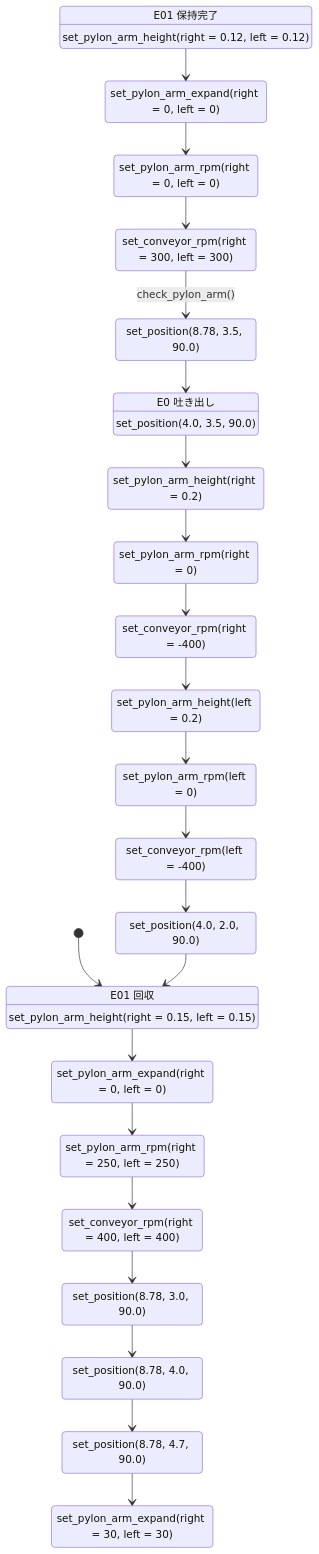
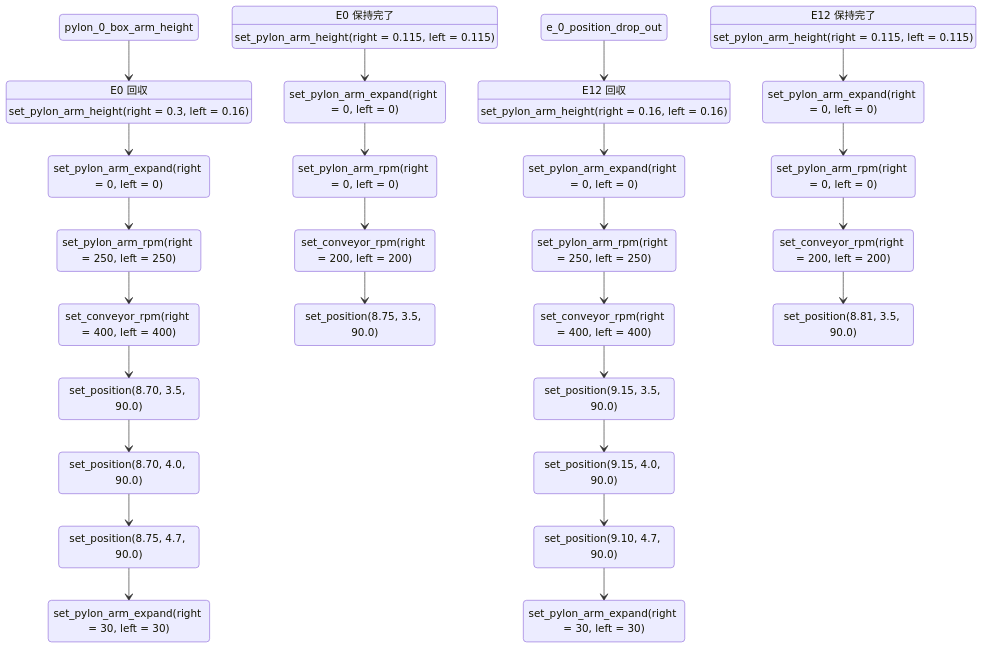
One commit to NITIC-Robot-Club/nhk2025b_ros2 changed the diagram in src/launch/nhk2025b_launch/state_graph/e.md. Above: the diagram before and after it, drawn with Mermaid. The commit also changed 3 other files, not shown here.

Commit message:
latest state graph

````diff
--- a/src/launch/nhk2025b_launch/state_graph/e.md
+++ b/src/launch/nhk2025b_launch/state_graph/e.md
@@ -1,58 +1,68 @@
 ```mermaid
-stateDiagram-v2    
-    e_01_pylon_height_init : E01 回収
-    e_01_pylon_height_init : set_pylon_arm_height(right = 0.15, left = 0.15)
-    e_01_pylon_expand_init : set_pylon_arm_expand(right = 0, left = 0)
-    e_01_pylon_rpm_init    : set_pylon_arm_rpm(right = 250, left = 250)
-    e_01_conveyor_init     : set_conveyor_rpm(right = 400, left = 400)
-    e_01_position_init_0   : set_position(8.78, 3.0, 90.0)
-    e_01_position_init_1   : set_position(8.78, 4.0, 90.0)
-    e_01_position_get      : set_position(8.78, 4.7, 90.0)
-    e_01_pylon_expand_get  : set_pylon_arm_expand(right = 30, left = 30)
+stateDiagram-v2
+    e_0_pylon_height_init : E0 回収
+    e_0_pylon_height_init : set_pylon_arm_height(right = 0.3, left = 0.16)
+    e_0_pylon_expand_init : set_pylon_arm_expand(right = 0, left = 0)
+    e_0_pylon_rpm_init    : set_pylon_arm_rpm(right = 250, left = 250)
+    e_0_conveyor_init     : set_conveyor_rpm(right = 400, left = 400)
+    e_0_position_init_0   : set_position(8.70, 3.5, 90.0)
+    e_0_position_init_1   : set_position(8.70, 4.0, 90.0)
+    e_0_position_get      : set_position(8.75, 4.7, 90.0)
+    e_0_pylon_expand_get  : set_pylon_arm_expand(right = 30, left = 30)
 
-    [*] --> e_01_pylon_height_init
-    e_01_pylon_height_init --> e_01_pylon_expand_init
-    e_01_pylon_expand_init --> e_01_pylon_rpm_init
-    e_01_pylon_rpm_init    --> e_01_conveyor_init
-    e_01_conveyor_init     --> e_01_position_init_0
-    e_01_position_init_0   --> e_01_position_init_1
-    e_01_position_init_1   --> e_01_position_get
-    e_01_position_get      --> e_01_pylon_expand_get
+    pylon_0_box_arm_height --> e_0_pylon_height_init
+    e_0_pylon_height_init  --> e_0_pylon_expand_init
+    e_0_pylon_expand_init  --> e_0_pylon_rpm_init
+    e_0_pylon_rpm_init     --> e_0_conveyor_init
+    e_0_conveyor_init      --> e_0_position_init_0
+    e_0_position_init_0    --> e_0_position_init_1
+    e_0_position_init_1    --> e_0_position_get
+    e_0_position_get       --> e_0_pylon_expand_get
 
 
-    e_01_pylon_height_hold : E01 保持完了
-    e_01_pylon_height_hold : set_pylon_arm_height(right = 0.12, left = 0.12)
-    e_01_pylon_expand_hold : set_pylon_arm_expand(right = 0, left = 0)
-    e_01_pylon_rpm_hold    : set_pylon_arm_rpm(right = 0, left = 0)
-    e_01_conveyor_hold     : set_conveyor_rpm(right = 300, left = 300)
-    e_01_position_hold     : set_position(8.78, 3.5, 90.0)
+    e_0_pylon_height_hold : E0 保持完了
+    e_0_pylon_height_hold : set_pylon_arm_height(right = 0.115, left = 0.115)
+    e_0_pylon_expand_hold : set_pylon_arm_expand(right = 0, left = 0)
+    e_0_pylon_rpm_hold    : set_pylon_arm_rpm(right = 0, left = 0)
+    e_0_conveyor_hold     : set_conveyor_rpm(right = 200, left = 200)
+    e_0_position_hold     : set_position(8.75, 3.5, 90.0)
 
-    e_01_pylon_height_hold --> e_01_pylon_expand_hold
-    e_01_pylon_expand_hold --> e_01_pylon_rpm_hold
-    e_01_pylon_rpm_hold    --> e_01_conveyor_hold
-    e_01_conveyor_hold     --> e_01_position_hold : check_pylon_arm()
-    
+    e_0_pylon_height_hold --> e_0_pylon_expand_hold
+    e_0_pylon_expand_hold --> e_0_pylon_rpm_hold
+    e_0_pylon_rpm_hold    --> e_0_conveyor_hold
+    e_0_conveyor_hold     --> e_0_position_hold
 
-    e_0_position_drop     : E0 吐き出し
-    e_0_position_drop     : set_position(4.0, 3.5, 90.0)
-    e_0_pylon_height_drop : set_pylon_arm_height(right = 0.2)
-    e_0_pylon_rpm_drop    : set_pylon_arm_rpm(right = 0)
-    e_0_conveyor_drop     : set_conveyor_rpm(right = -400)
-    
-    e_01_position_hold     --> e_0_position_drop
-    e_0_position_drop     --> e_0_pylon_height_drop
-    e_0_pylon_height_drop --> e_0_pylon_rpm_drop
-    e_0_pylon_rpm_drop    --> e_0_conveyor_drop
-    
-    e_1_pylon_height_drop : set_pylon_arm_height(left = 0.2)
-    e_1_pylon_rpm_drop    : set_pylon_arm_rpm(left = 0)
-    e_1_conveyor_drop     : set_conveyor_rpm(left = -400)
-    
-    e_0_conveyor_drop     --> e_1_pylon_height_drop
-    e_1_pylon_height_drop --> e_1_pylon_rpm_drop
-    e_1_pylon_rpm_drop    --> e_1_conveyor_drop
 
-    e_01_position_drop     : set_position(4.0, 2.0, 90.0)
-    e_1_conveyor_drop --> e_01_position_drop
-    e_01_position_drop --> e_01_pylon_height_init
+    e_12_pylon_height_init : E12 回収
+    e_12_pylon_height_init : set_pylon_arm_height(right = 0.16, left = 0.16)
+    e_12_pylon_expand_init : set_pylon_arm_expand(right = 0, left = 0)
+    e_12_pylon_rpm_init    : set_pylon_arm_rpm(right = 250, left = 250)
+    e_12_conveyor_init     : set_conveyor_rpm(right = 400, left = 400)
+    e_12_position_init_0   : set_position(9.15, 3.5, 90.0)
+    e_12_position_init_1   : set_position(9.15, 4.0, 90.0)
+    e_12_position_get      : set_position(9.10, 4.7, 90.0)
+    e_12_pylon_expand_get  : set_pylon_arm_expand(right = 30, left = 30)
+
+    e_0_position_drop_out  --> e_12_pylon_height_init
+    e_12_pylon_height_init --> e_12_pylon_expand_init
+    e_12_pylon_expand_init --> e_12_pylon_rpm_init
+    e_12_pylon_rpm_init    --> e_12_conveyor_init
+    e_12_conveyor_init     --> e_12_position_init_0
+    e_12_position_init_0   --> e_12_position_init_1
+    e_12_position_init_1   --> e_12_position_get
+    e_12_position_get      --> e_12_pylon_expand_get
+
+
+    e_12_pylon_height_hold : E12 保持完了
+    e_12_pylon_height_hold : set_pylon_arm_height(right = 0.115, left = 0.115)
+    e_12_pylon_expand_hold : set_pylon_arm_expand(right = 0, left = 0)
+    e_12_pylon_rpm_hold    : set_pylon_arm_rpm(right = 0, left = 0)
+    e_12_conveyor_hold     : set_conveyor_rpm(right = 200, left = 200)
+    e_12_position_hold     : set_position(8.81, 3.5, 90.0)
+
+    e_12_pylon_height_hold --> e_12_pylon_expand_hold
+    e_12_pylon_expand_hold --> e_12_pylon_rpm_hold
+    e_12_pylon_rpm_hold    --> e_12_conveyor_hold
+    e_12_conveyor_hold     --> e_12_position_hold
+
 ```
````
